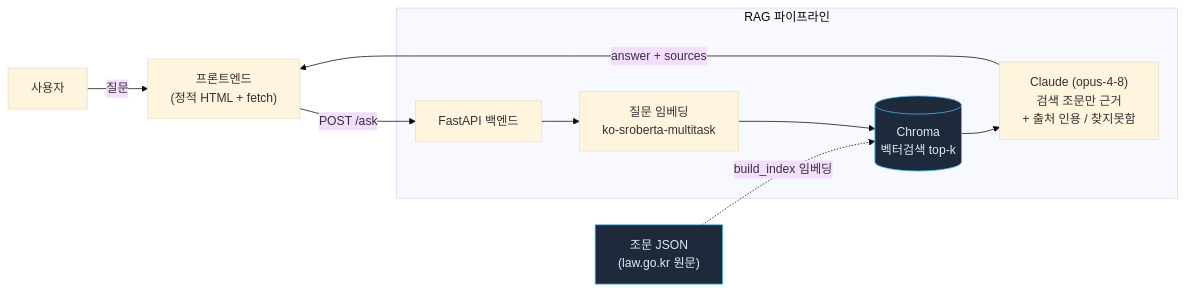
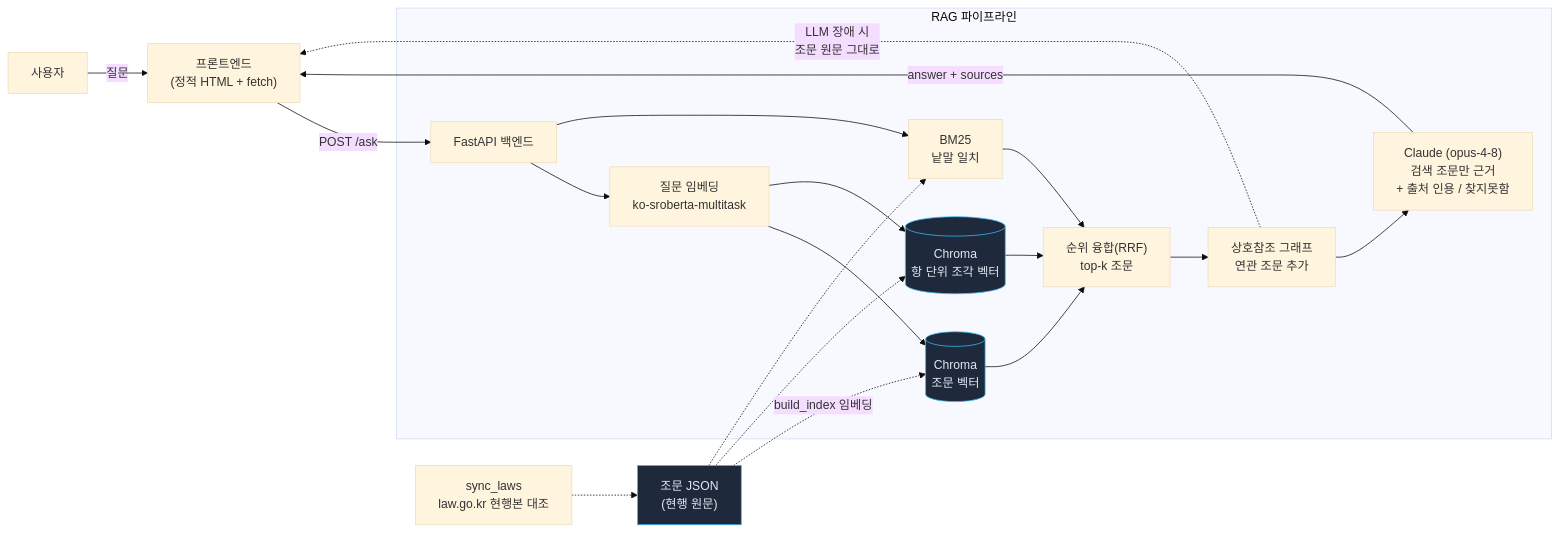
Before and after one commit to yeodh10/PRISM: the diagram in README.md, drawn with Mermaid (base theme). The commit also changed other lines of this file and 10 other files, not shown here.

````diff
--- a/README.md
+++ b/README.md
@@ -50,15 +51,25 @@
 ```mermaid
 flowchart LR
     U["사용자"] -->|질문| F["프론트엔드<br/>(정적 HTML + fetch)"]
     F -->|"POST /ask"| API["FastAPI 백엔드"]
     subgraph RAG 파이프라인
         API --> E["질문 임베딩<br/>ko-sroberta-multitask"]
-        E --> V[("Chroma<br/>벡터검색 top-k")]
-        V --> G["Claude (opus-4-8)<br/>검색 조문만 근거<br/>+ 출처 인용 / 찾지못함"]
+        E --> V1[("Chroma<br/>조문 벡터")]
+        E --> V2[("Chroma<br/>항 단위 조각 벡터")]
+        API --> L["BM25<br/>낱말 일치"]
+        V1 --> R["순위 융합(RRF)<br/>top-k 조문"]
+        V2 --> R
+        L --> R
+        R --> X["상호참조 그래프<br/>연관 조문 추가"]
+        X --> G["Claude (opus-4-8)<br/>검색 조문만 근거<br/>+ 출처 인용 / 찾지못함"]
     end
     G -->|"answer + sources"| F
-    D["조문 JSON<br/>(law.go.kr 원문)"] -.->|build_index 임베딩| V
+    X -.->|"LLM 장애 시<br/>조문 원문 그대로"| F
+    S["sync_laws<br/>law.go.kr 현행본 대조"] -.-> D["조문 JSON<br/>(현행 원문)"]
+    D -.->|build_index 임베딩| V1
+    D -.-> V2
+    D -.-> L
 
     classDef store fill:#1e293b,stroke:#38bdf8,color:#e2e8f0;
-    class V,D store;
+    class V1,V2,D store;
 ```
````
